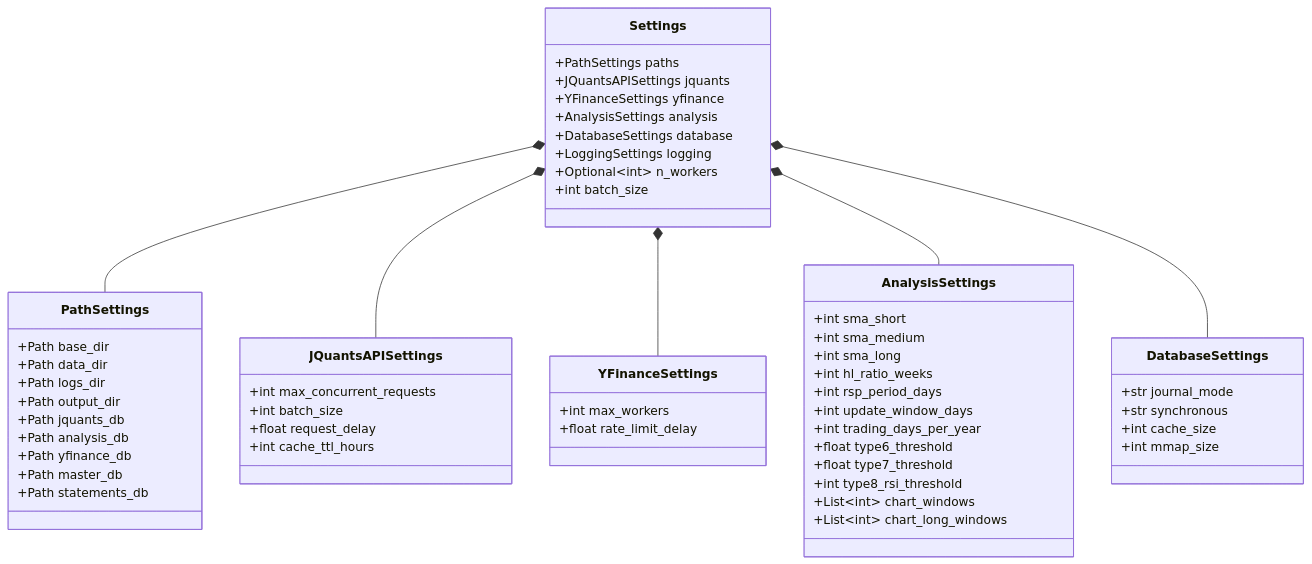
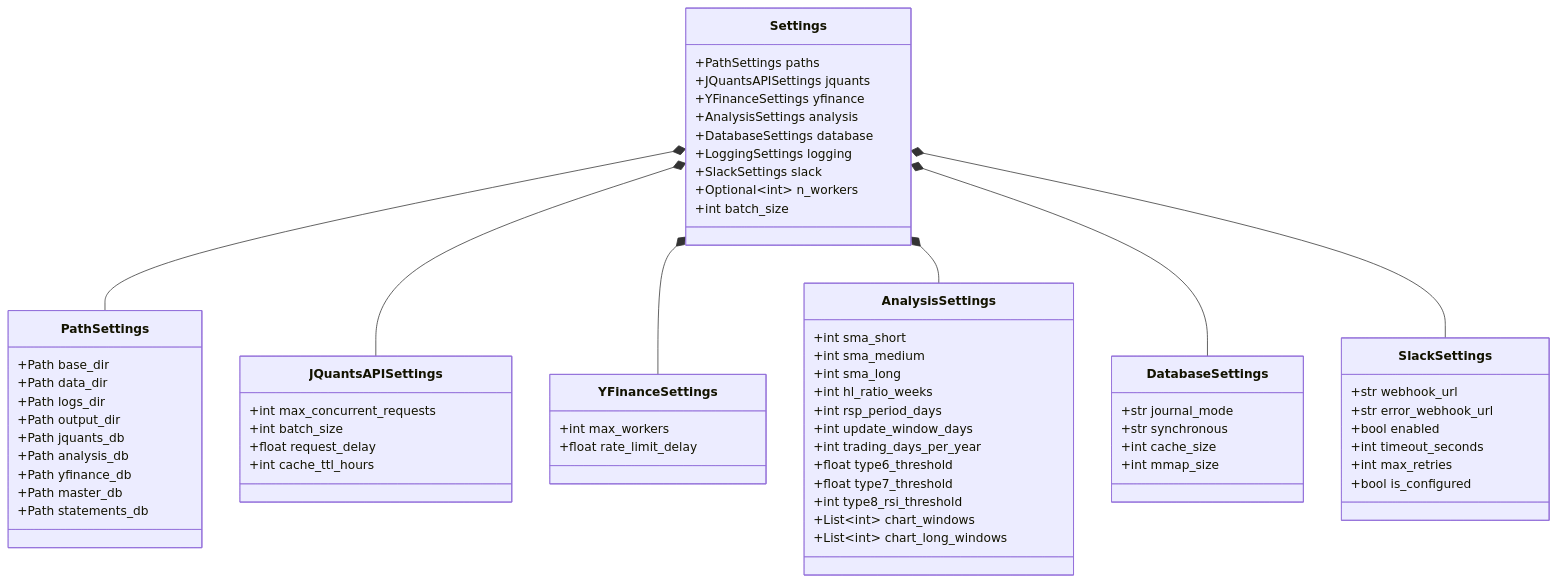
The sixth of 8 diagrams in docs/core/diagrams.md (tak-akashi/stock-analysis), drawn with Mermaid before and after one commit. The commit also changed other lines of this file and 14 other files, not shown here.

````diff
--- a/docs/core/diagrams.md
+++ b/docs/core/diagrams.md
@@ -286,65 +290,76 @@
 ```mermaid
 classDiagram
     class Settings {
         +PathSettings paths
         +JQuantsAPISettings jquants
         +YFinanceSettings yfinance
         +AnalysisSettings analysis
         +DatabaseSettings database
         +LoggingSettings logging
+        +SlackSettings slack
         +Optional~int~ n_workers
         +int batch_size
     }
 
     class YFinanceSettings {
         +int max_workers
         +float rate_limit_delay
     }
 
     class PathSettings {
         +Path base_dir
         +Path data_dir
         +Path logs_dir
         +Path output_dir
         +Path jquants_db
         +Path analysis_db
         +Path yfinance_db
         +Path master_db
         +Path statements_db
     }
 
     class JQuantsAPISettings {
         +int max_concurrent_requests
         +int batch_size
         +float request_delay
         +int cache_ttl_hours
     }
 
     class AnalysisSettings {
         +int sma_short
         +int sma_medium
         +int sma_long
         +int hl_ratio_weeks
         +int rsp_period_days
         +int update_window_days
         +int trading_days_per_year
         +float type6_threshold
         +float type7_threshold
         +int type8_rsi_threshold
         +List~int~ chart_windows
         +List~int~ chart_long_windows
     }
 
     class DatabaseSettings {
         +str journal_mode
         +str synchronous
         +int cache_size
         +int mmap_size
     }
 
+    class SlackSettings {
+        +str webhook_url
+        +str error_webhook_url
+        +bool enabled
+        +int timeout_seconds
+        +int max_retries
+        +bool is_configured
+    }
+
     Settings *-- PathSettings
     Settings *-- JQuantsAPISettings
     Settings *-- YFinanceSettings
     Settings *-- AnalysisSettings
     Settings *-- DatabaseSettings
+    Settings *-- SlackSettings
 ```
````
